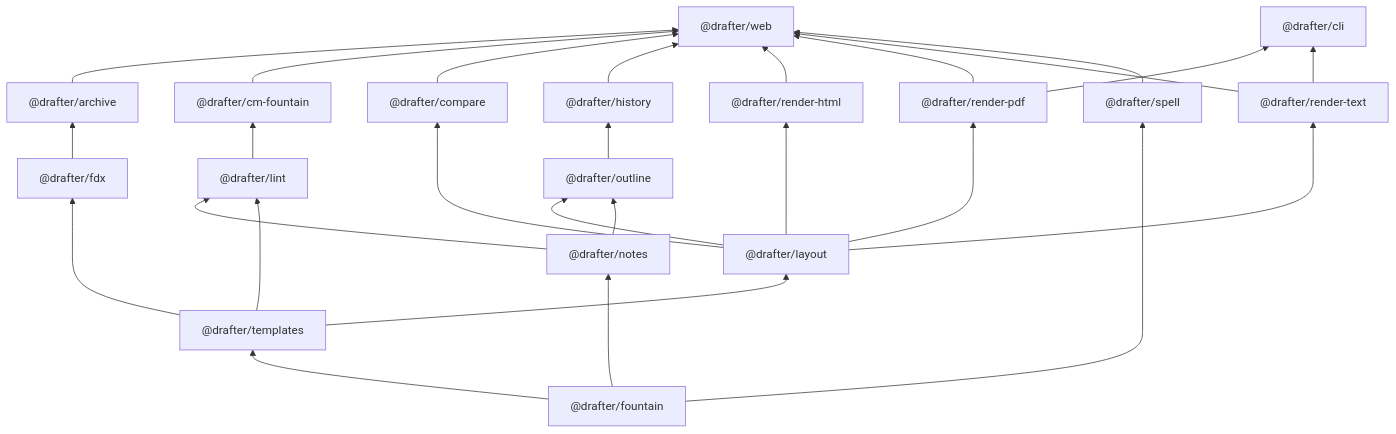
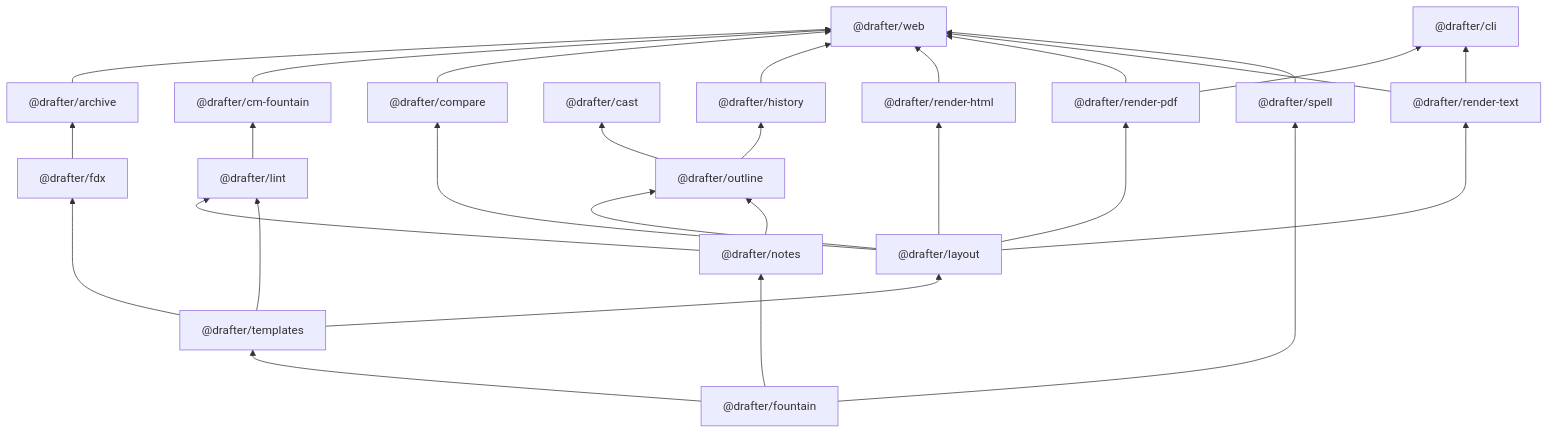
One commit to cschweda/drafter changed the first of 5 diagrams in docs/technical-details.md. Above: the diagram before and after it, drawn with Mermaid. The commit also changed 29 other files, not shown here.

````diff
--- a/docs/technical-details.md
+++ b/docs/technical-details.md
@@ -36,46 +36,48 @@
 ```mermaid
 flowchart BT
   web["@drafter/web"]
   cli["@drafter/cli"]
   cm_fountain["@drafter/cm-fountain"]
   outline["@drafter/outline"]
   compare["@drafter/compare"]
   history["@drafter/history"]
+  cast["@drafter/cast"]
   render_pdf["@drafter/render-pdf"]
   render_html["@drafter/render-html"]
   render_text["@drafter/render-text"]
   layout["@drafter/layout"]
   lint["@drafter/lint"]
   fdx["@drafter/fdx"]
   archive["@drafter/archive"]
   templates["@drafter/templates"]
   notes["@drafter/notes"]
   spell["@drafter/spell"]
   fountain["@drafter/fountain"]
   archive --> web
   cm_fountain --> web
   compare --> web
   history --> web
   render_html --> web
   render_pdf --> web
   render_text --> web
   spell --> web
   render_pdf --> cli
   render_text --> cli
   lint --> cm_fountain
   layout --> outline
   notes --> outline
   layout --> compare
   outline --> history
+  outline --> cast
   layout --> render_pdf
   layout --> render_html
   layout --> render_text
   templates --> layout
   notes --> lint
   templates --> lint
   templates --> fdx
   fdx --> archive
   fountain --> templates
   fountain --> notes
   fountain --> spell
 ```
````
